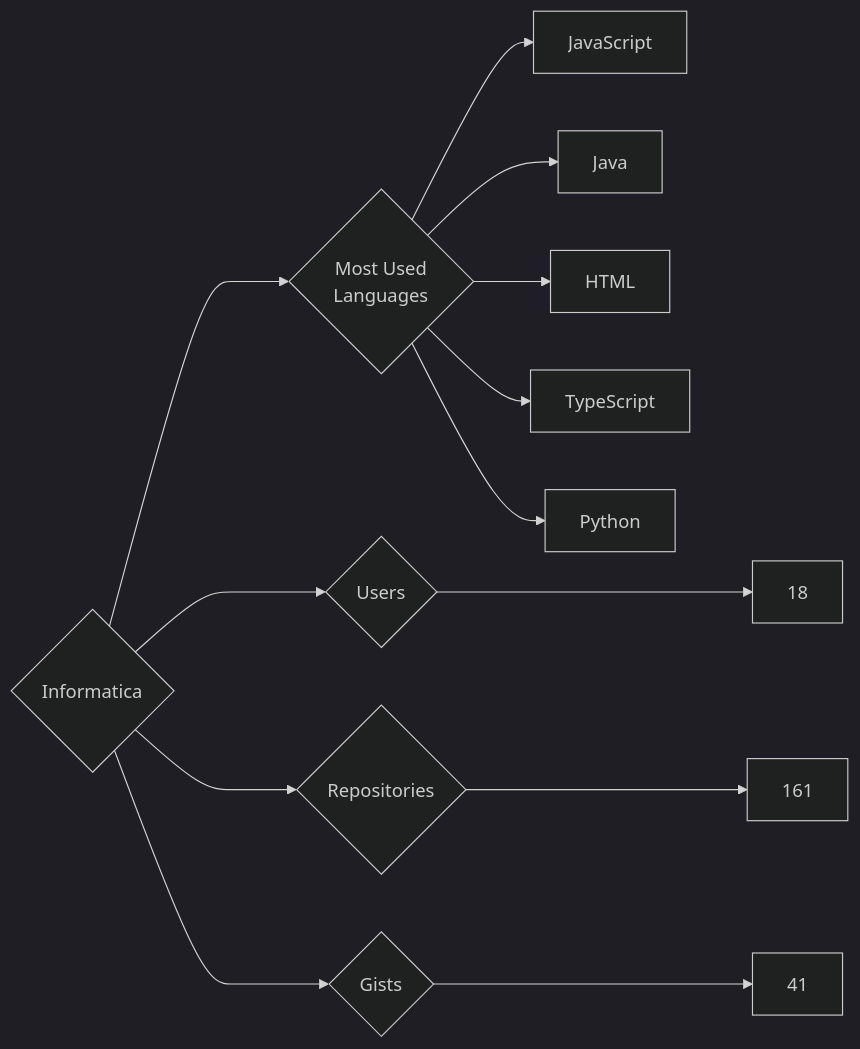
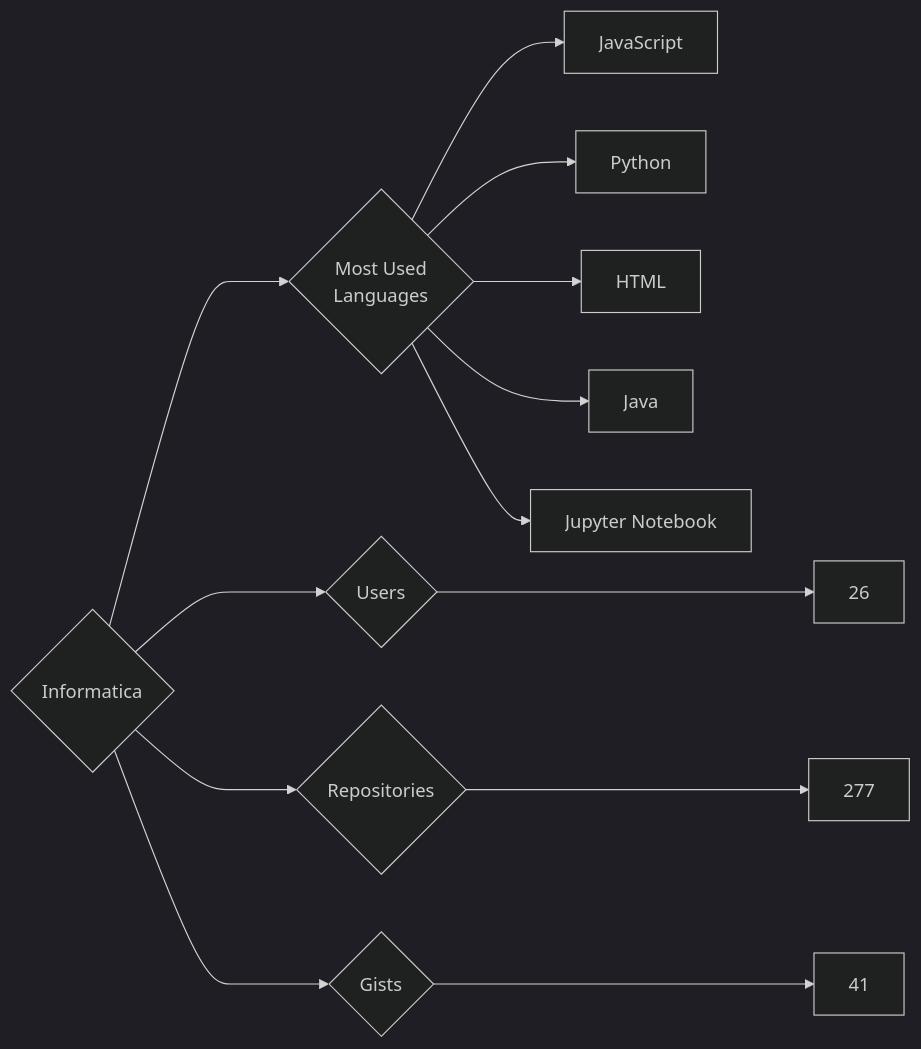
Before and after one commit to trickest/insiders: the diagram in targets/Informatica/README.md, drawn with Mermaid (dark theme). The commit also changed 736 other files, not shown here.

````diff
--- a/targets/Informatica/README.md
+++ b/targets/Informatica/README.md
@@ -3,13 +3,13 @@
 ```mermaid
 graph LR
 COMPANY_NAME{Informatica}
-COMPANY_NAME ---> U{Users} ---> UN[18]
-COMPANY_NAME ---> R{Repositories} ---> RN[161]
+COMPANY_NAME ---> U{Users} ---> UN[26]
+COMPANY_NAME ---> R{Repositories} ---> RN[277]
 COMPANY_NAME ---> G{Gists} ---> GN[41]
 COMPANY_NAME ---> ML{Most Used<br>Languages}
 ML --> JavaScript[JavaScript]
+ML --> Python[Python]
+ML --> HTML[HTML]
 ML --> Java[Java]
-ML --> HTML[HTML]
-ML --> TypeScript[TypeScript]
-ML --> Python[Python]
+ML --> Jupyter_Notebook[Jupyter Notebook]
 ```
````
